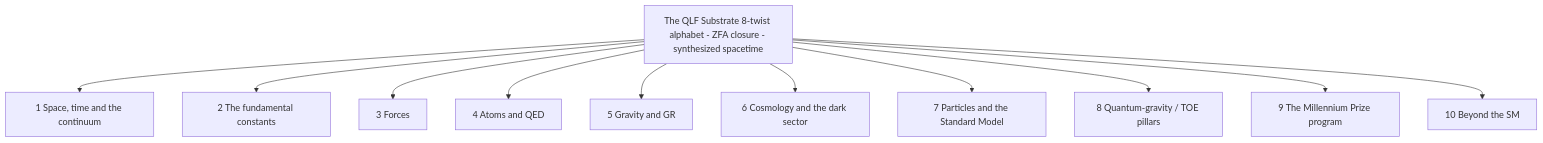
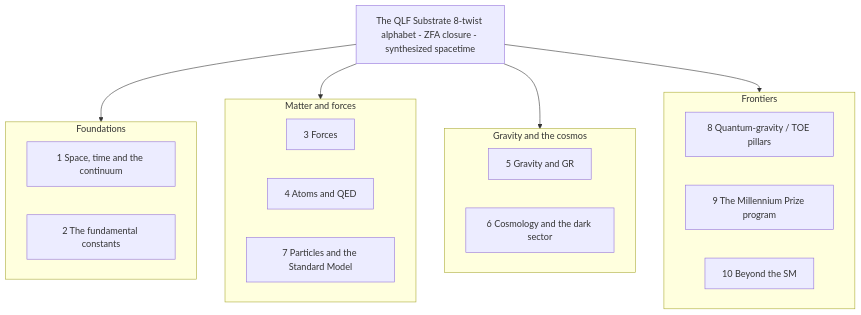
One commit to jimscarver/quantum-logical-framework changed the first of 11 diagrams in FlowChart.md. Above: the diagram before and after it, drawn with Mermaid. The commit also changed other lines of this file, not shown here.

Commit message:
FlowChart.md: categorize master map into 4 families + restore navigation as markdown links
Two fixes from review of the now-rendering chart:
- Width: the master map fanned the substrate to 10 boxes in one row. Grouped into 4 subgraph
  families (Foundations 1-2, Matter and forces 3/4/7, Gravity and the cosmos 5-6, Frontiers
  8-10), so the top level is 4 category boxes instead of 10 loose ones.
- Links: GitHub disables clickable Mermaid nodes for security (community #46096/#103127), so the
  original 90 click directives were dead there. Replaced the master's per-domain navigation with a
  working **Jump to:** markdown row (all 10 section anchors, verified against the headings); the
  per-chart **Open:** lines remain the doc links. Intro reworded: navigation is the text links
  under each chart, not the boxes. Verified parse in mermaid 8 + 11; 0 broken anchors.

````diff
--- a/FlowChart.md
+++ b/FlowChart.md
@@ -14,14 +15,26 @@
 ```mermaid
 flowchart TD
   S["The QLF Substrate 8-twist alphabet - ZFA closure - synthesized spacetime"]
-  S --> SP["1 Space, time and the continuum"]
-  S --> C["2 The fundamental constants"]
-  S --> F["3 Forces"]
-  S --> A["4 Atoms and QED"]
-  S --> G["5 Gravity and GR"]
-  S --> CO["6 Cosmology and the dark sector"]
-  S --> P["7 Particles and the Standard Model"]
-  S --> T["8 Quantum-gravity / TOE pillars"]
-  S --> M["9 The Millennium Prize program"]
-  S --> B["10 Beyond the SM"]
+  S --> FND
+  S --> MAT
+  S --> GRV
+  S --> FRN
+  subgraph FND["Foundations"]
+    D1["1 Space, time and the continuum"]
+    D2["2 The fundamental constants"]
+  end
+  subgraph MAT["Matter and forces"]
+    D3["3 Forces"]
+    D4["4 Atoms and QED"]
+    D7["7 Particles and the Standard Model"]
+  end
+  subgraph GRV["Gravity and the cosmos"]
+    D5["5 Gravity and GR"]
+    D6["6 Cosmology and the dark sector"]
+  end
+  subgraph FRN["Frontiers"]
+    D8["8 Quantum-gravity / TOE pillars"]
+    D9["9 The Millennium Prize program"]
+    D10["10 Beyond the SM"]
+  end
 ```
````
